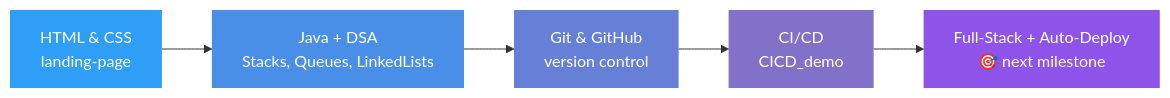
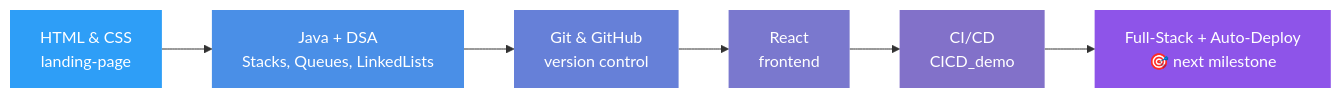
The diagram in README.md (HassanNasir2004/HassanNasir2004), drawn with Mermaid before and after one commit. The commit also changed other lines of this file, not shown here.

````diff
--- a/README.md
+++ b/README.md
@@ -81,13 +82,15 @@
 ```mermaid
 flowchart LR
     A[HTML & CSS<br/>landing-page] --> B[Java + DSA<br/>Stacks, Queues, LinkedLists]
     B --> C[Git & GitHub<br/>version control]
-    C --> D[CI/CD<br/>CICD_demo]
-    D --> E[Full-Stack + Auto-Deploy<br/>🎯 next milestone]
+    C --> D[React<br/>frontend]
+    D --> E[CI/CD<br/>CICD_demo]
+    E --> F[Full-Stack + Auto-Deploy<br/>🎯 next milestone]
 
     style A fill:#2E9EF7,color:#fff,stroke:none
     style B fill:#4A8FE7,color:#fff,stroke:none
     style C fill:#6680D8,color:#fff,stroke:none
-    style D fill:#8271C9,color:#fff,stroke:none
-    style E fill:#8E54E9,color:#fff,stroke:none
+    style D fill:#7A78CE,color:#fff,stroke:none
+    style E fill:#8271C9,color:#fff,stroke:none
+    style F fill:#8E54E9,color:#fff,stroke:none
 ```
````
